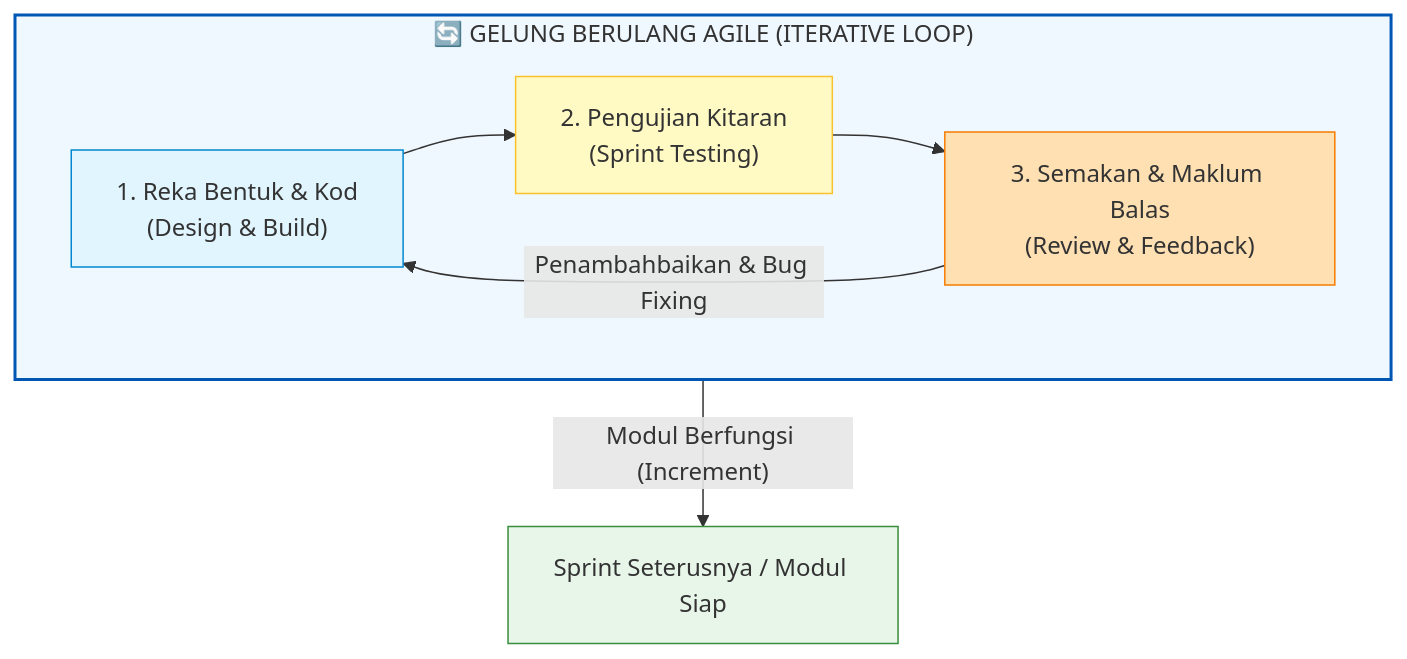
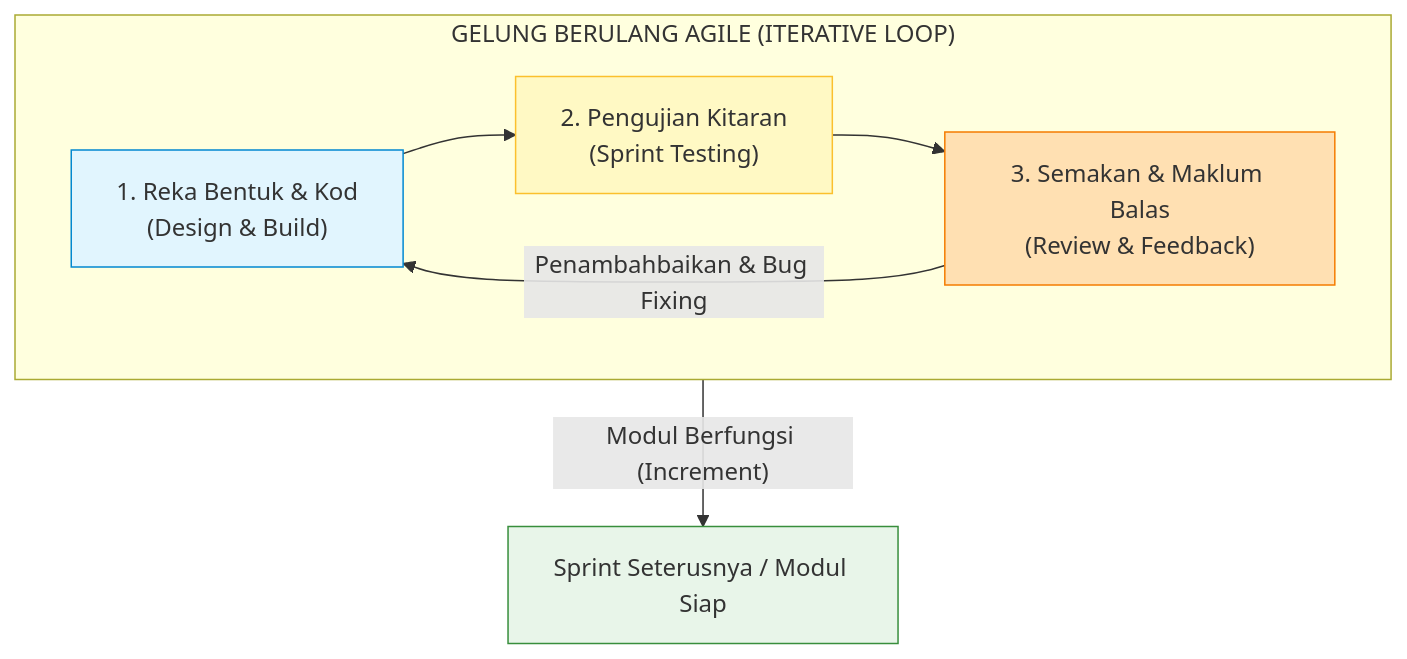
One commit to a211335-ukm/oyentaxi changed the diagram in README.md. Above: the diagram before and after it, drawn with Mermaid.

````diff
--- a/README.md
+++ b/README.md
@@ -1,22 +1,16 @@
 ```mermaid
 flowchart TD
-    %% Gelung Berulang Agile bagi OyenTaxi
-    subgraph Sprint_Loop ["🔄 GELUNG BERULANG AGILE (ITERATIVE LOOP)"]
+    subgraph Sprint_Loop ["GELUNG BERULANG AGILE (ITERATIVE LOOP)"]
         direction LR
         A["1. Reka Bentuk & Kod<br/>(Design & Build)"] --> B["2. Pengujian Kitaran<br/>(Sprint Testing)"]
         B --> C["3. Semakan & Maklum Balas<br/>(Review & Feedback)"]
-        
-        %% Anak Panah Melengkung Umpan Balik (Feedback)
         C -->|"Penambahbaikan & Bug Fixing"| A
     end
 
-    %% Hasil Penyerahan
     C -->|"Modul Berfungsi (Increment)"| D["Sprint Seterusnya / Modul Siap"]
 
-    %% Gaya Visual
-    style Sprint_Loop fill:#f0f8ff,stroke:#0056b3,stroke-width:2px
     style A fill:#e1f5fe,stroke:#0288d1
     style B fill:#fff9c4,stroke:#fbc02d
     style C fill:#ffe0b2,stroke:#f57c00
     style D fill:#e8f5e9,stroke:#388e3c
 ```
````
